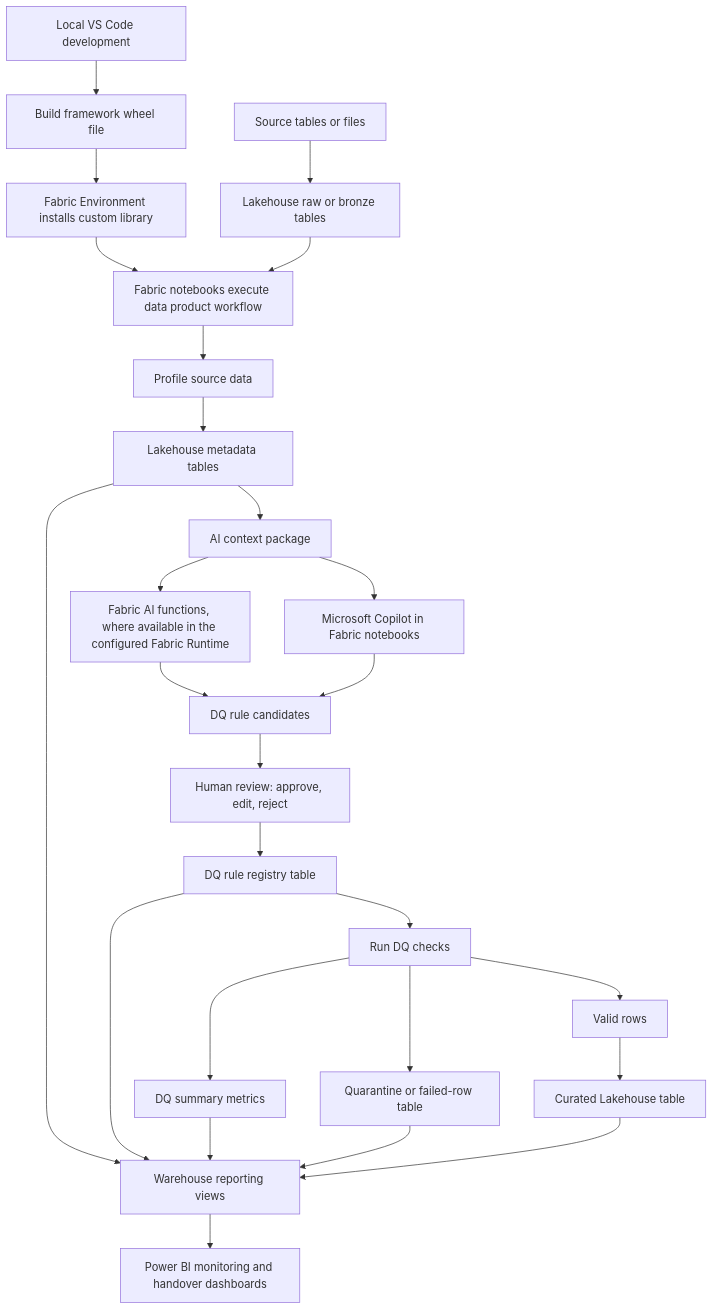
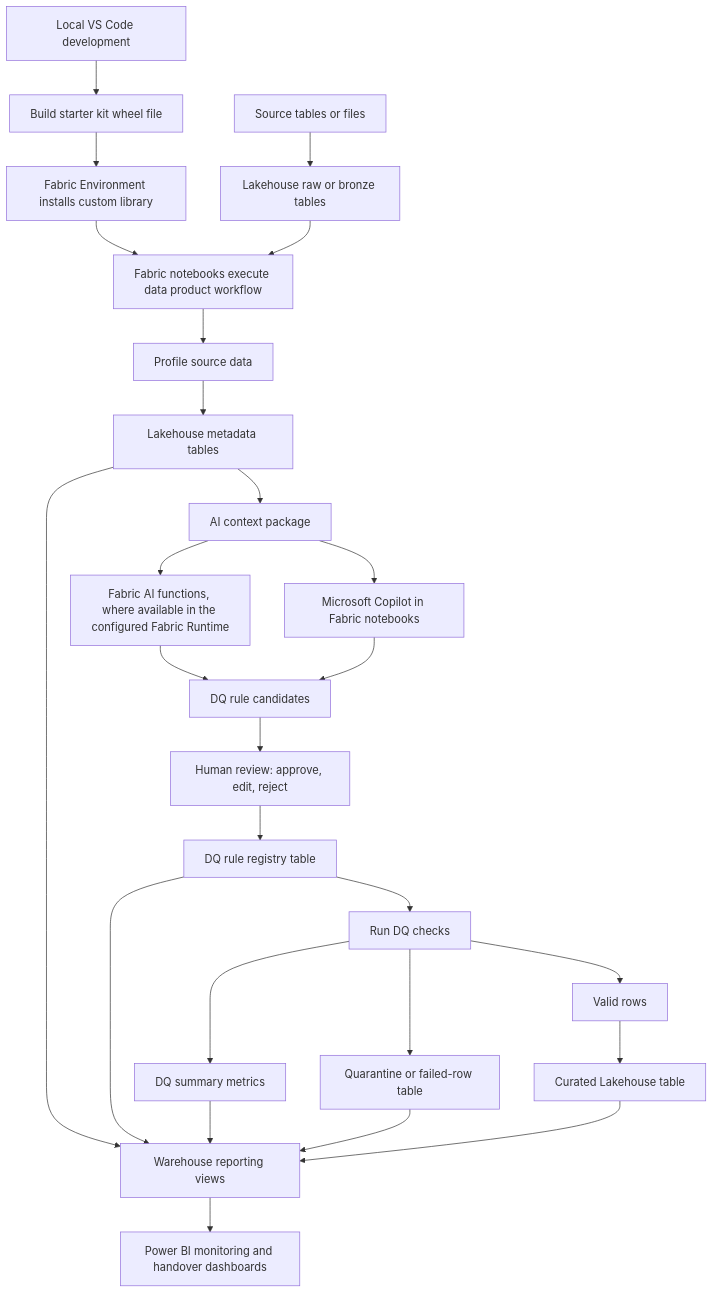
Before and after one commit to Voycepeh/fabric-data-product-framework: the diagram in docs/architecture/dqx-inspired-fabric-native-dq.md, drawn with Mermaid. The commit also changed 7 other files, not shown here.

Commit message:
Apply second branding cleanup pass for Starter Kit wording

````diff
--- a/docs/architecture/dqx-inspired-fabric-native-dq.md
+++ b/docs/architecture/dqx-inspired-fabric-native-dq.md
@@ -60,36 +60,36 @@
 ```mermaid
 flowchart TD
-    DEV[Local VS Code development] --> WHL[Build framework wheel file]
+    DEV[Local VS Code development] --> WHL[Build starter kit wheel file]
     WHL --> ENV[Fabric Environment installs custom library]
     ENV --> NB[Fabric notebooks execute data product workflow]
 
     SRC[Source tables or files] --> LHRAW[Lakehouse raw or bronze tables]
     LHRAW --> NB
 
     NB --> PROF[Profile source data]
     PROF --> META[Lakehouse metadata tables]
     META --> AICTX[AI context package]
 
     AICTX --> FABAI[Fabric AI functions, where available in the configured Fabric Runtime]
     AICTX --> COPILOT[Microsoft Copilot in Fabric notebooks]
 
     FABAI --> DQCAND[DQ rule candidates]
     COPILOT --> DQCAND
 
     DQCAND --> REVIEW[Human review: approve, edit, reject]
     REVIEW --> DQREG[DQ rule registry table]
 
     DQREG --> DQRUN[Run DQ checks]
     DQRUN --> VALID[Valid rows]
     DQRUN --> QUAR[Quarantine or failed-row table]
     DQRUN --> DQMET[DQ summary metrics]
 
     VALID --> CURATED[Curated Lakehouse table]
     META --> WH[Warehouse reporting views]
     DQREG --> WH
     DQMET --> WH
     QUAR --> WH
     CURATED --> WH
 
     WH --> PBI[Power BI monitoring and handover dashboards]
 ```
````
